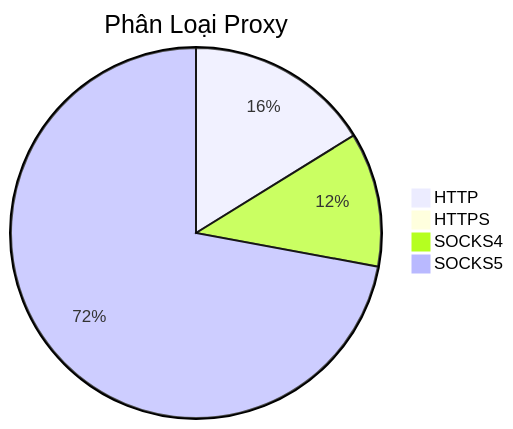
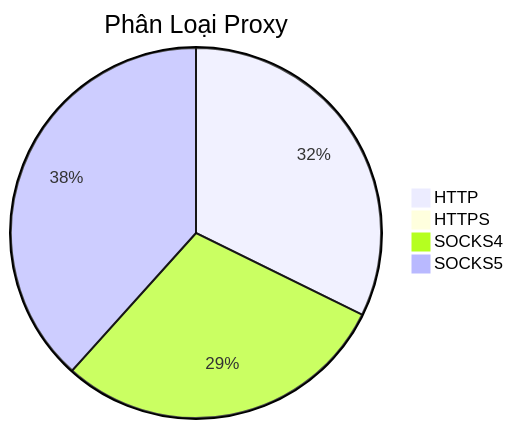
The diagram in README.md (Ciara-Aa/PROXY-free), drawn with Mermaid before and after one commit. The commit also changed other lines of this file and 4 other files, not shown here.

````diff
--- a/README.md
+++ b/README.md
@@ -26,7 +26,7 @@
 ```mermaid
 pie title Phân Loại Proxy
-    "HTTP" : 364
-    "HTTPS" : 2
-    "SOCKS4" : 264
-    "SOCKS5" : 1622
+    "HTTP" : 314
+    "HTTPS" : 1
+    "SOCKS4" : 286
+    "SOCKS5" : 373
 ```
````
